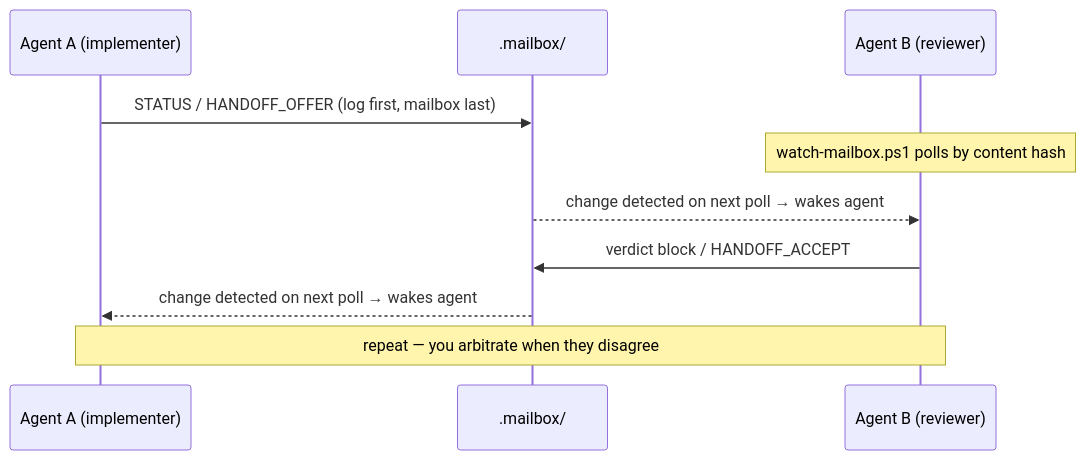
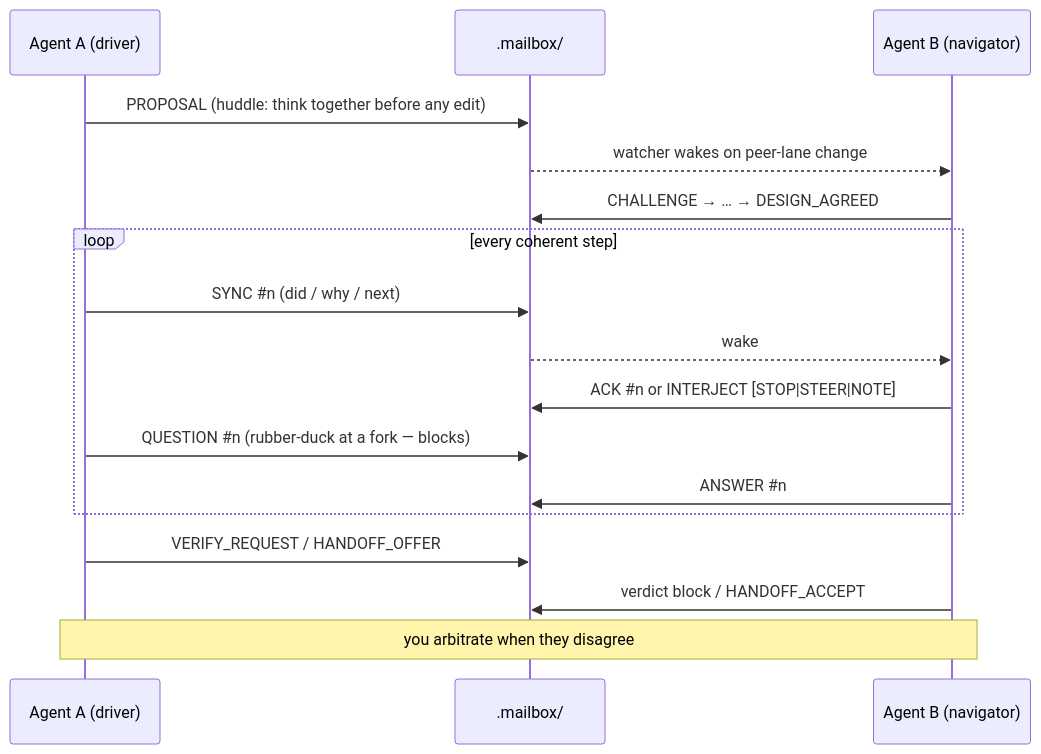
Before and after one commit to David-c0degeek/cocopilot: the diagram in README.md, drawn with Mermaid. The commit also changed other lines of this file and 15 other files, not shown here.

````diff
--- a/README.md
+++ b/README.md
@@ -43,12 +65,19 @@
 ```mermaid
 sequenceDiagram
-    participant A as Agent A (implementer)
+    participant A as Agent A (driver)
     participant M as .mailbox/
-    participant B as Agent B (reviewer)
-    A->>M: STATUS / HANDOFF_OFFER (log first, mailbox last)
-    Note over B: watch-mailbox.ps1 polls by content hash
-    M-->>B: change detected on next poll → wakes agent
+    participant B as Agent B (navigator)
+    A->>M: PROPOSAL (huddle: think together before any edit)
+    M-->>B: watcher wakes on peer-lane change
+    B->>M: CHALLENGE → … → DESIGN_AGREED
+    loop every coherent step
+        A->>M: SYNC #35;n (did / why / next)
+        M-->>B: wake
+        B->>M: ACK #35;n or INTERJECT [STOP|STEER|NOTE]
+        A->>M: QUESTION #35;n (rubber-duck at a fork — blocks)
+        B->>M: ANSWER #35;n
+    end
+    A->>M: VERIFY_REQUEST / HANDOFF_OFFER
     B->>M: verdict block / HANDOFF_ACCEPT
-    M-->>A: change detected on next poll → wakes agent
-    Note over A,B: repeat — you arbitrate when they disagree
+    Note over A,B: you arbitrate when they disagree
 ```
````
